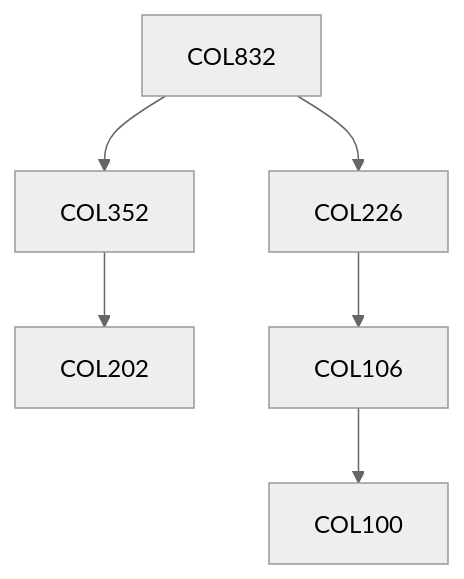
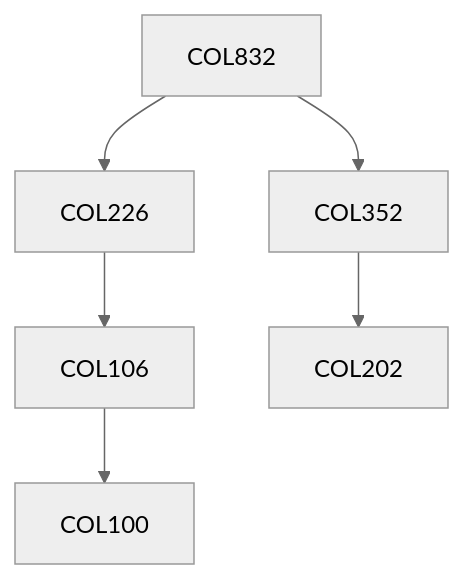
One commit to KeshavBansal0122/CoS_Website changed the diagram in content/Computer Science and Engineering/COL832.md. Above: the diagram before and after it, drawn with Mermaid (neutral theme). The commit also changed other lines of this file and 392 other files, not shown here.

````diff
--- a/content/Computer Science and Engineering/COL832.md
+++ b/content/Computer Science and Engineering/COL832.md
@@ -13,12 +13,12 @@
 ```mermaid
 flowchart TD
 COL832-239[COL832]
+COL832-239 --> COL352-239[COL352]
+COL226-239 --> COL106-239[COL106]
+COL832-239 --> COL226-239[COL226]
 COL352-239 --> COL202-239[COL202]
-COL832-239 --> COL226-239[COL226]
 COL106-239 --> COL100-239[COL100]
-COL226-239 --> COL106-239[COL106]
-COL832-239 --> COL352-239[COL352]
 
 classDef empty height:17px, fill:transparent, stroke:transparent;
 classDef trueEmpty height:0px, width:0px;
 ```
````
